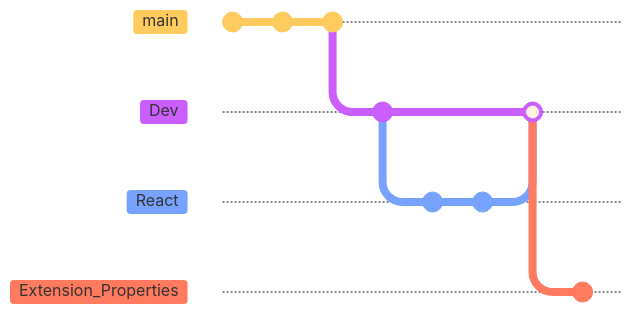
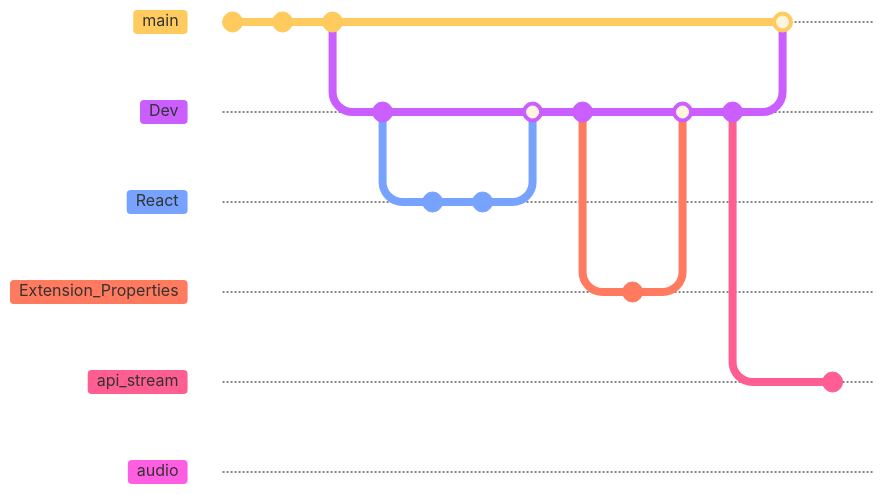
Before and after one commit to Aubert-Antoine/loudness-visualizer: the diagram in README.md, drawn with Mermaid. Commit ids are hidden.

````diff
--- a/README.md
+++ b/README.md
@@ -19,18 +19,30 @@
 ```mermaid
 %%{init: { 'logLevel': 'debug', 'theme': 'base', 'gitGraph': {'rotateCommitLabel': true}} }%%
     gitGraph
        commit
        commit
        commit
        branch Dev
        commit
        checkout Dev
        branch React
        commit
        commit
        checkout Dev
        merge React
        checkout Dev
+       commit
        branch Extension_Properties
        commit
+       checkout Dev
+       merge Extension_Properties
+       checkout Dev
+       commit
+       checkout main
+       merge Dev
+       checkout Dev
+       branch api_stream
+       checkout api_stream
+       commit
+       branch audio
 ```
````
